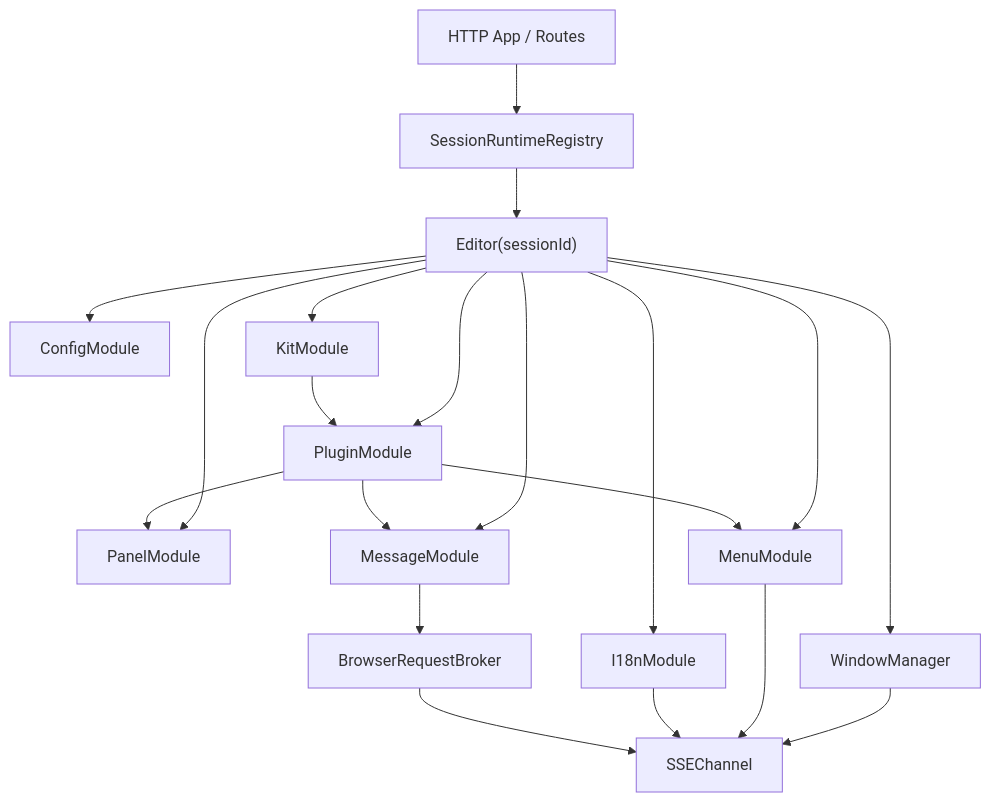
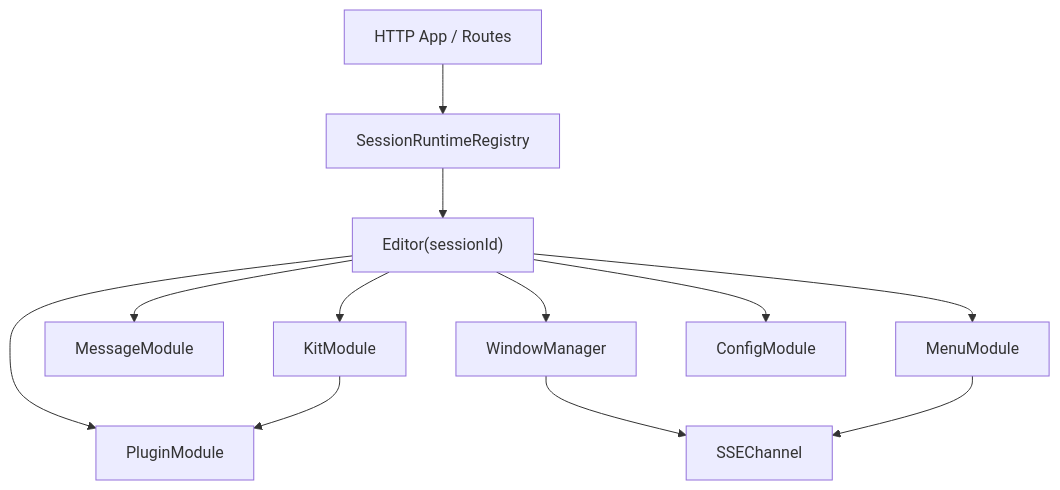
One commit to itharbors/harbors changed the second of 2 diagrams in docs/architecture/system-overview.md. Above: the diagram before and after it, drawn with Mermaid. The commit also changed other lines of this file and 650 other files, not shown here.

````diff
--- a/docs/architecture/system-overview.md
+++ b/docs/architecture/system-overview.md
@@ -67,22 +36,14 @@
 ```mermaid
 flowchart TD
-    App["HTTP App / Routes"] --> Registry["SessionRuntimeRegistry"]
+    Routes["HTTP App / Routes"] --> Registry["SessionRuntimeRegistry"]
     Registry --> Editor["Editor(sessionId)"]
-    Editor --> Config["ConfigModule"]
-    Editor --> I18n["I18nModule"]
+    Editor --> Kit["KitModule"]
     Editor --> Plugin["PluginModule"]
-    Editor --> Panel["PanelModule"]
     Editor --> Message["MessageModule"]
     Editor --> Menu["MenuModule"]
-    Editor --> Kit["KitModule"]
     Editor --> Window["WindowManager"]
-    Plugin --> Panel
-    Plugin --> Message
-    Plugin --> Menu
-    Kit --> Plugin
+    Editor --> Config["ConfigModule"]
     Window --> SSE["SSEChannel"]
     Menu --> SSE
-    I18n --> SSE
-    Message --> Broker["BrowserRequestBroker"]
-    Broker --> SSE
+    Kit --> Plugin
 ```
````
